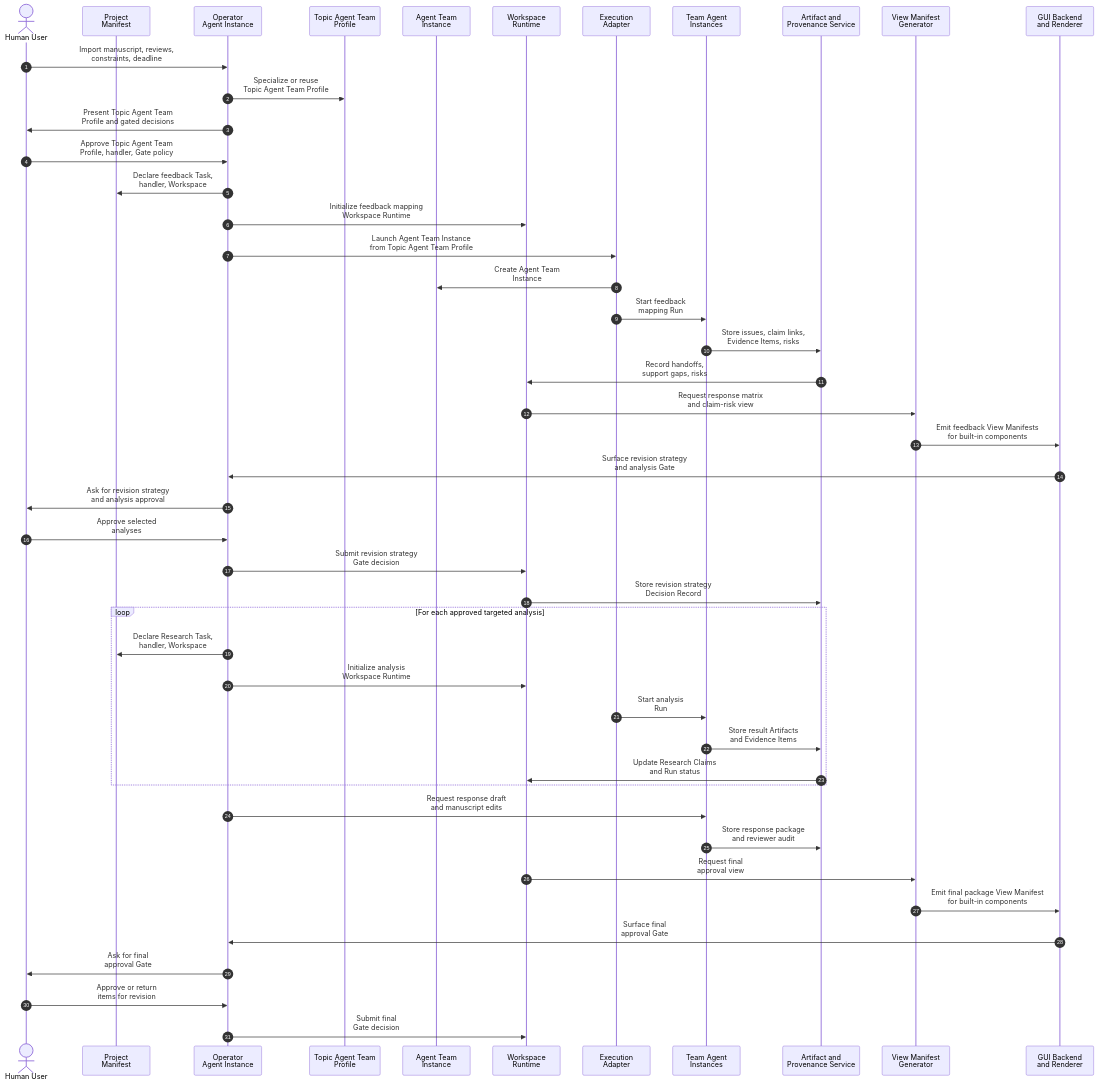
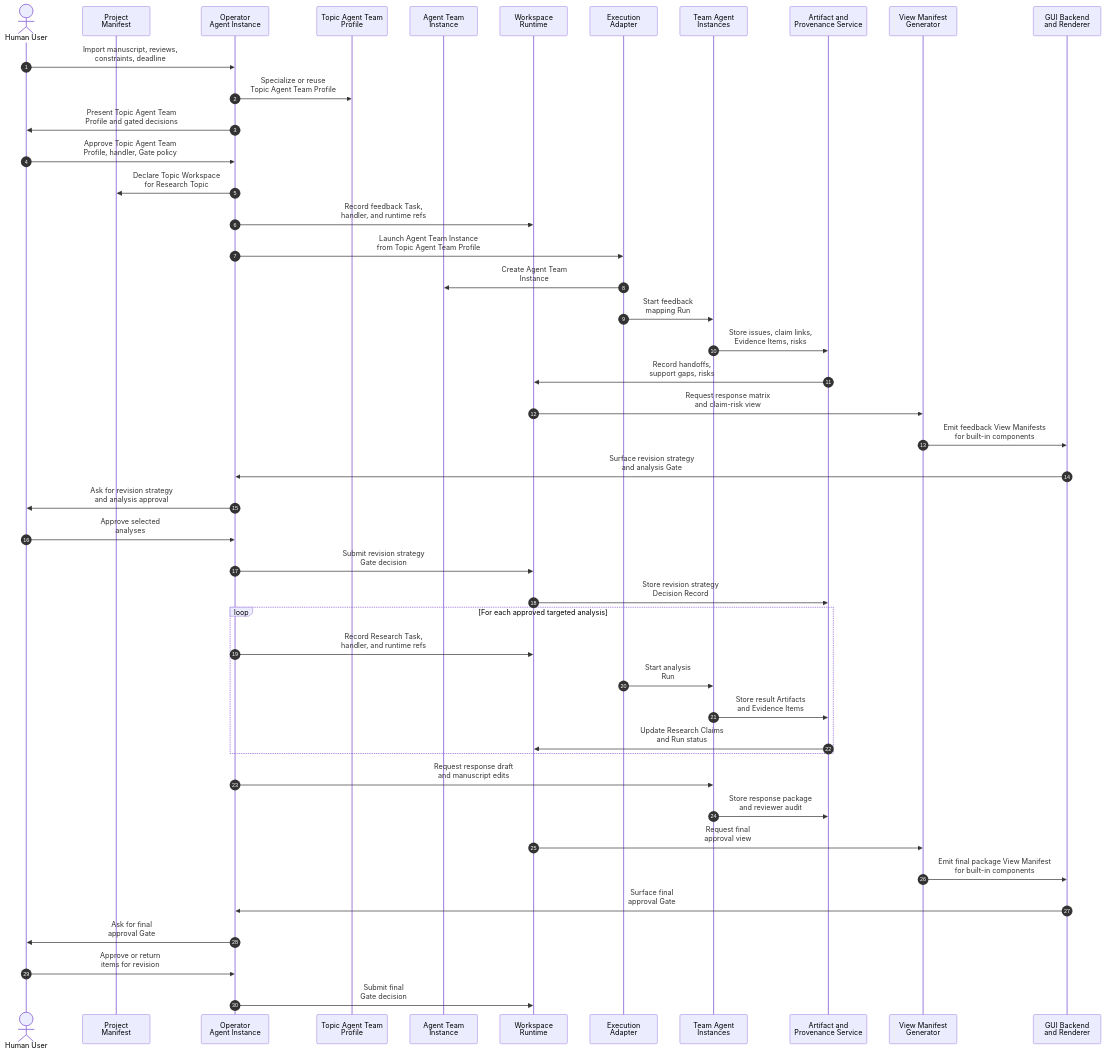
The second of 2 diagrams in .imsight-arts/project-explore/use-cases/uc-03-plan-and-execute-paper-revision.md (CodeGandee/isomer-labs), drawn with Mermaid before and after one commit. The commit also changed other lines of this file and 109 other files, not shown here.

````diff
--- a/.imsight-arts/project-explore/use-cases/uc-03-plan-and-execute-paper-revision.md
+++ b/.imsight-arts/project-explore/use-cases/uc-03-plan-and-execute-paper-revision.md
@@ -94,49 +94,48 @@
 ```mermaid
 sequenceDiagram
   autonumber
   actor User as Human User
   participant PM as Project<br/>Manifest
   participant Operator as Operator<br/>Agent Instance
   participant Profile as Topic Agent Team<br/>Profile
   participant Team as Agent Team<br/>Instance
   participant Runtime as Workspace<br/>Runtime
   participant Adapter as Execution<br/>Adapter
   participant Agents as Team Agent<br/>Instances
   participant Provenance as Artifact and<br/>Provenance Service
   participant Views as View Manifest<br/>Generator
   participant GUI as GUI Backend<br/>and Renderer
 
   User->>Operator: Import manuscript, reviews,<br/>constraints, deadline
   Operator->>Profile: Specialize or reuse<br/>Topic Agent Team Profile
   Operator->>User: Present Topic Agent Team<br/>Profile and gated decisions
   User->>Operator: Approve Topic Agent Team<br/>Profile, handler, Gate policy
-  Operator->>PM: Declare feedback Task,<br/>handler, Workspace
-  Operator->>Runtime: Initialize feedback mapping<br/>Workspace Runtime
+  Operator->>PM: Declare Topic Workspace<br/>for Research Topic
+  Operator->>Runtime: Record feedback Task,<br/>handler, and runtime refs
   Operator->>Adapter: Launch Agent Team Instance<br/>from Topic Agent Team Profile
   Adapter->>Team: Create Agent Team<br/>Instance
   Adapter->>Agents: Start feedback<br/>mapping Run
   Agents->>Provenance: Store issues, claim links,<br/>Evidence Items, risks
   Provenance->>Runtime: Record handoffs,<br/>support gaps, risks
   Runtime->>Views: Request response matrix<br/>and claim-risk view
   Views->>GUI: Emit feedback View Manifests<br/>for built-in components
   GUI->>Operator: Surface revision strategy<br/>and analysis Gate
   Operator->>User: Ask for revision strategy<br/>and analysis approval
   User->>Operator: Approve selected<br/>analyses
   Operator->>Runtime: Submit revision strategy<br/>Gate decision
   Runtime->>Provenance: Store revision strategy<br/>Decision Record
   loop For each approved targeted analysis
-    Operator->>PM: Declare Research Task,<br/>handler, Workspace
-    Operator->>Runtime: Initialize analysis<br/>Workspace Runtime
+    Operator->>Runtime: Record Research Task,<br/>handler, and runtime refs
     Adapter->>Agents: Start analysis<br/>Run
     Agents->>Provenance: Store result Artifacts<br/>and Evidence Items
     Provenance->>Runtime: Update Research Claims<br/>and Run status
   end
   Operator->>Agents: Request response draft<br/>and manuscript edits
   Agents->>Provenance: Store response package<br/>and reviewer audit
   Runtime->>Views: Request final<br/>approval view
   Views->>GUI: Emit final package View Manifest<br/>for built-in components
   GUI->>Operator: Surface final<br/>approval Gate
   Operator->>User: Ask for final<br/>approval Gate
   User->>Operator: Approve or return<br/>items for revision
   Operator->>Runtime: Submit final<br/>Gate decision
 ```
````
